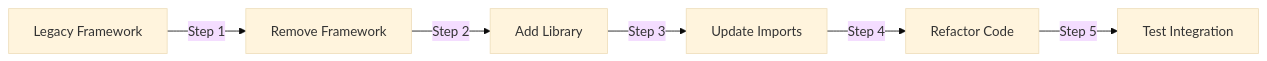
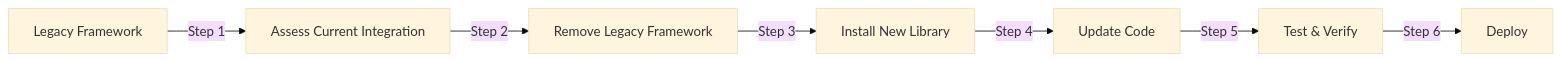
Before and after one commit to datacapsystems/Datacap-MobileToken-iOS-Library-2025: the third of 3 diagrams in README.md, drawn with Mermaid (base theme). The commit also changed other lines of this file, not shown here.

````diff
--- a/README.md
+++ b/README.md
@@ -446,8 +448,9 @@
 ```mermaid
 graph LR
-    A[Legacy Framework] -->|Step 1| B[Remove Framework]
-    B -->|Step 2| C[Add Library]
-    C -->|Step 3| D[Update Imports]
-    D -->|Step 4| E[Refactor Code]
-    E -->|Step 5| F[Test Integration]
+    A[Legacy Framework] -->|Step 1| B[Assess Current Integration]
+    B -->|Step 2| C[Remove Legacy Framework]
+    C -->|Step 3| D[Install New Library]
+    D -->|Step 4| E[Update Code]
+    E -->|Step 5| F[Test & Verify]
+    F -->|Step 6| G[Deploy]
 ```
````
